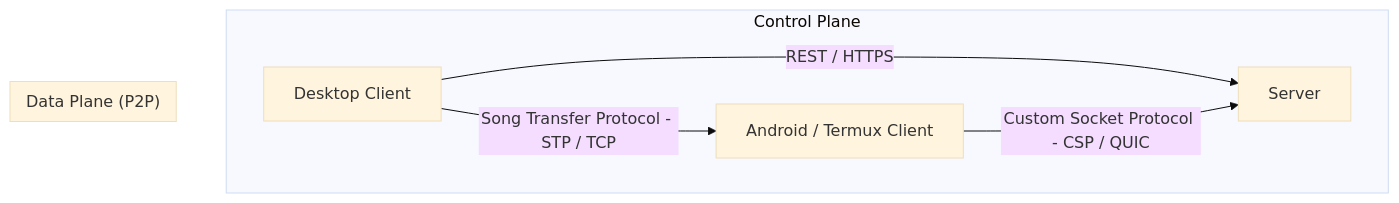
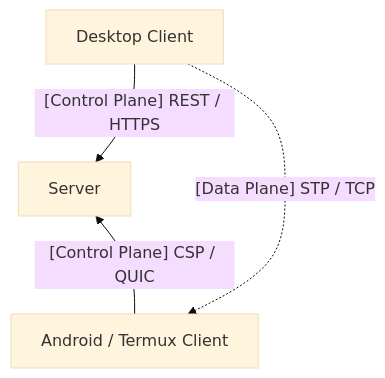
The diagram in README.md (Sundsturm/EL4041_Server-Client-Application), drawn with Mermaid (base theme) before and after one commit.

Commit message:
Fix formatting of description markdown file #3

````diff
--- a/README.md
+++ b/README.md
@@ -36,11 +36,17 @@
 ```mermaid
 graph TD
-    subgraph ControlPlane ["Control Plane"]
-        DesktopClient["Desktop Client"] -->|REST / HTTPS| Server["Server"]
-        AndroidClient["Android / Termux Client"] -->|Custom Socket Protocol - CSP / QUIC| Server
-    end
+    %% Nodes
+    DesktopClient["Desktop Client"]
+    Server["Server"]
+    AndroidClient["Android / Termux Client"]
 
-    subgraph DataPlaneP2P ["Data Plane (P2P)"]
-        DesktopClient -->|Song Transfer Protocol - STP / TCP| AndroidClient
-    end
+    %% Force vertical ranking
+    DesktopClient ~~~ Server ~~~ AndroidClient
+
+    %% Control Plane (Solid lines)
+    DesktopClient -->|"[Control Plane] REST / HTTPS"| Server
+    AndroidClient -->|"[Control Plane] CSP / QUIC"| Server
+
+    %% Data Plane (Dotted line)
+    DesktopClient -.->|"[Data Plane] STP / TCP"| AndroidClient
 ```
````
